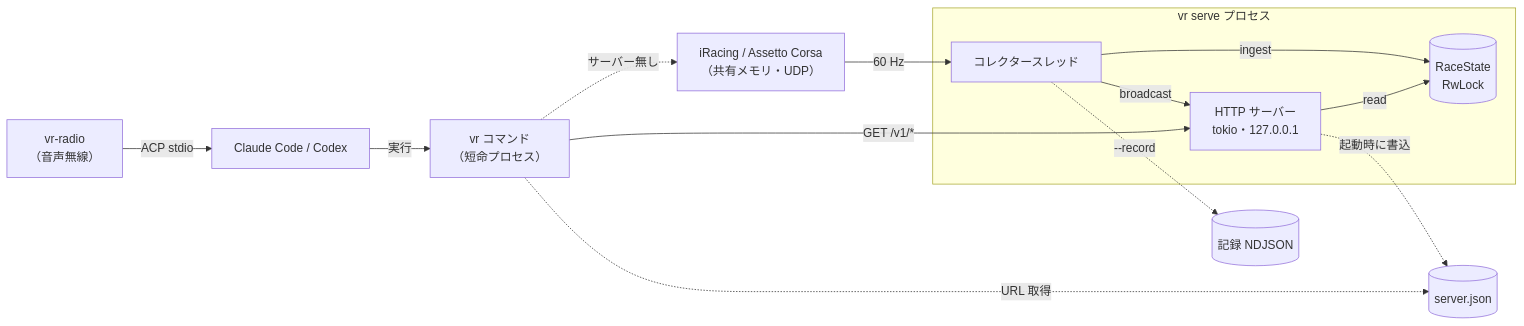
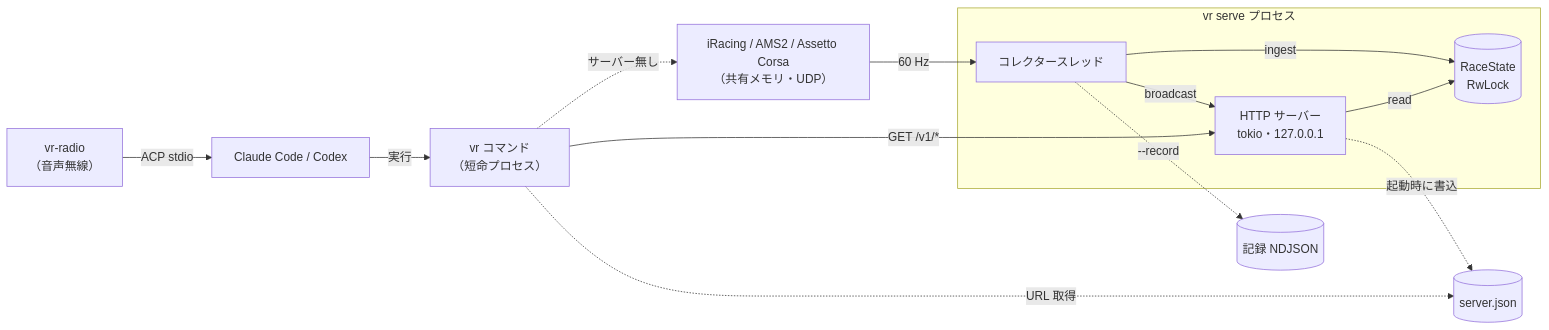
The second of 5 diagrams in docs/architecture.md (r4ai/vibe-racing), drawn with Mermaid before and after one commit. The commit also changed other lines of this file and 34 other files, not shown here.

````diff
--- a/docs/architecture.md
+++ b/docs/architecture.md
@@ -77,26 +78,26 @@
 ```mermaid
 flowchart LR
-    Game["iRacing / Assetto Corsa<br/>（共有メモリ・UDP）"]
+    Game["iRacing / AMS2 / Assetto Corsa<br/>（共有メモリ・UDP）"]
     subgraph Serve["vr serve プロセス"]
         Col["コレクタースレッド"]
         St[("RaceState<br/>RwLock")]
         Http["HTTP サーバー<br/>tokio・127.0.0.1"]
         Col -->|ingest| St
         Http -->|read| St
         Col -->|broadcast| Http
     end
     Radio["vr-radio<br/>（音声無線）"]
     Agent["Claude Code / Codex"]
     Vr["vr コマンド<br/>（短命プロセス）"]
     Disc[("server.json")]
     Rec[("記録 NDJSON")]
 
     Game -->|60 Hz| Col
     Col -.->|--record| Rec
     Http -.->|起動時に書込| Disc
     Radio -->|ACP stdio| Agent
     Agent -->|実行| Vr
     Vr -.->|URL 取得| Disc
     Vr -->|GET /v1/*| Http
     Vr -.->|サーバー無し| Game
 ```
````
